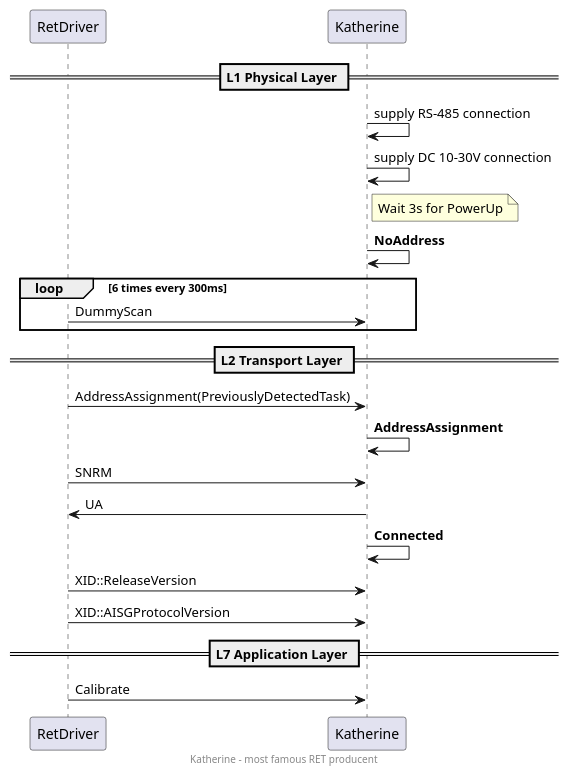
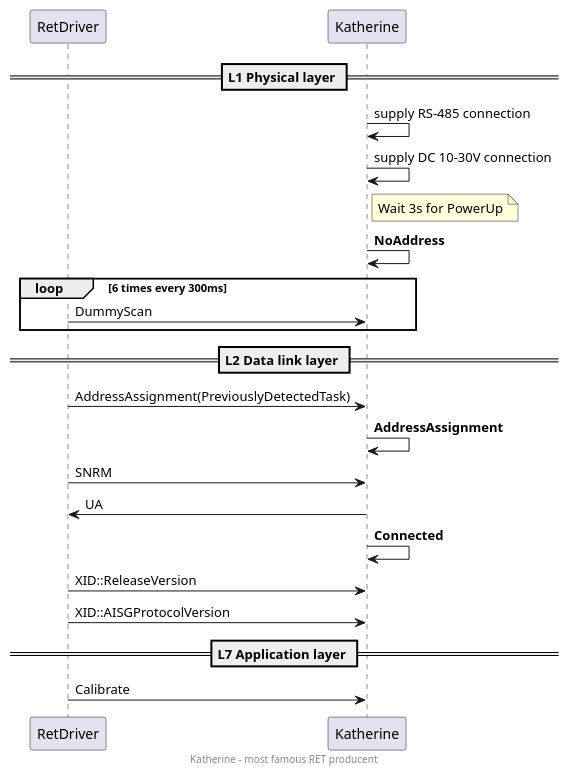
One commit to trunksBT/Almag_RetDriverSimulator changed the diagram in docs/UML_DiagramOfSequence.wsd. Above: the diagram before and after it, drawn with PlantUML.

Commit message:
Update the diagram

```diff
--- a/docs/UML_DiagramOfSequence.wsd
+++ b/docs/UML_DiagramOfSequence.wsd
@@ -1,37 +1,37 @@
 @startuml
 
 participant RetDriver
 participant Katherine
 
-== L1 Physical Layer ==
+== L1 Physical layer ==
 
 Katherine -> Katherine : supply RS-485 connection
 Katherine -> Katherine : supply DC 10-30V connection
 
 note right Katherine
 Wait 3s for PowerUp
 end note
 Katherine -> Katherine : **NoAddress**
 
 loop 6 times every 300ms
     RetDriver -> Katherine : DummyScan
 end
 
-== L2 Transport Layer ==
+== L2 Data link layer ==
 
 RetDriver -> Katherine : AddressAssignment(PreviouslyDetectedTask)
 Katherine -> Katherine : **AddressAssignment**
 RetDriver -> Katherine : SNRM
 Katherine -> RetDriver : UA
 Katherine -> Katherine : **Connected**
 
 RetDriver -> Katherine : XID::ReleaseVersion
 RetDriver -> Katherine : XID::AISGProtocolVersion
 
-== L7 Application Layer ==
+== L7 Application layer ==
 
 RetDriver -> Katherine : Calibrate
 
 footer Katherine - most famous RET producent
 
 @enduml
```
